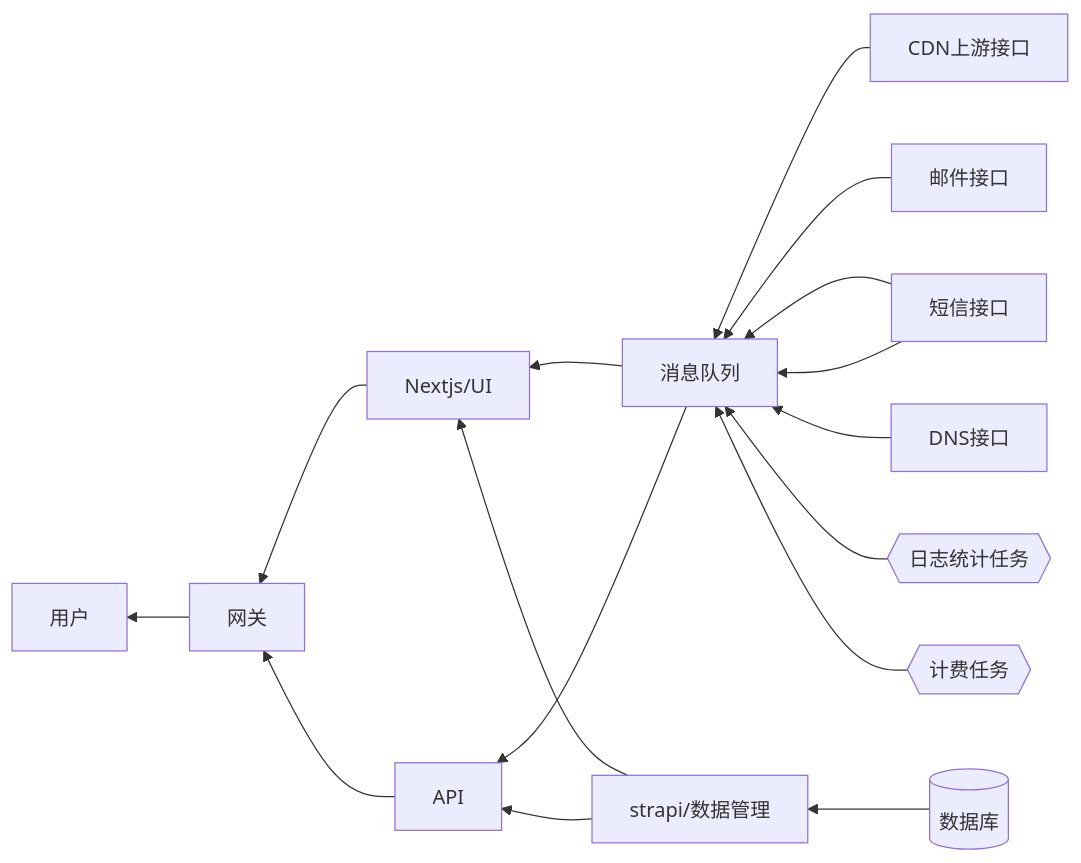
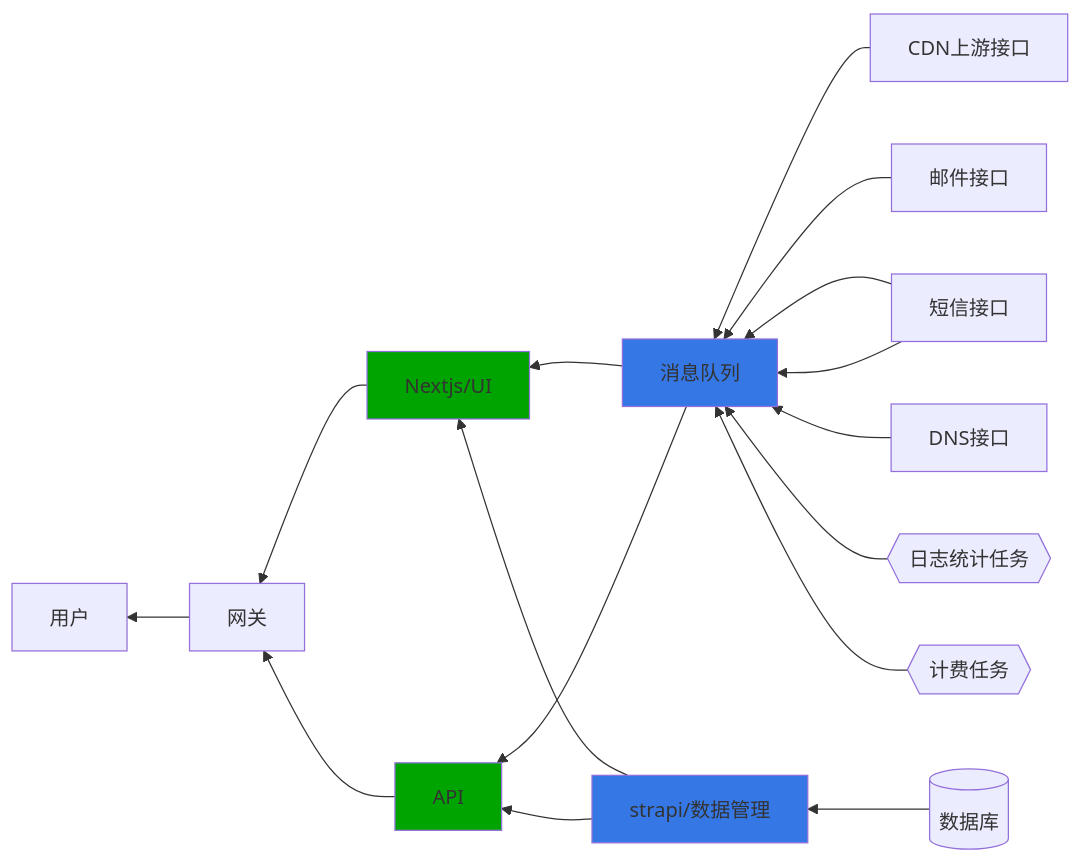
One commit to quanzhanyun/system-design-docs changed the diagram in docs/index.mdx. Above: the diagram before and after it, drawn with Mermaid. The commit also changed other lines of this file, not shown here.

Commit message:
more docs

````diff
--- a/docs/index.mdx
+++ b/docs/index.mdx
@@ -13,17 +13,21 @@
 ```mermaid
 flowchart RL;
     数据库[(数据库)]
     日志统计任务{{日志统计任务}}
     计费任务{{计费任务}}
+    style Nextjs/UI fill:#00a400
+    style API fill:#00a400
+    style strapi/数据管理 fill:#3578e5
+    style 消息队列 fill:#3578e5
     CDN上游接口-->消息队列;
     短信接口-->消息队列;
     邮件接口-->消息队列;
     DNS接口-->消息队列;
     短信接口-->消息队列;
     日志统计任务-->消息队列;
     计费任务-->消息队列;
     数据库-->strapi/数据管理;
     消息队列 & strapi/数据管理-->Nextjs/UI & API;
     Nextjs/UI & API-->网关;
     网关-->用户;
 ```
````
